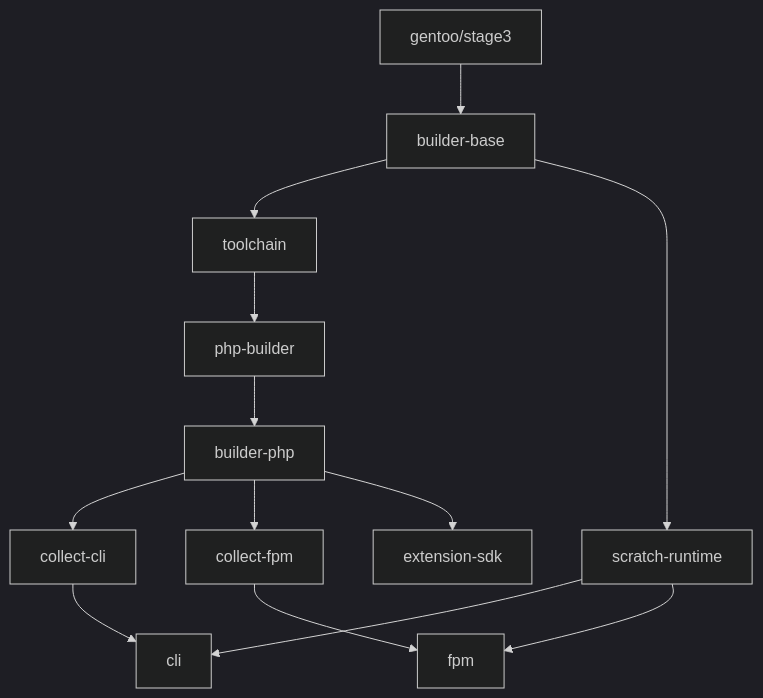
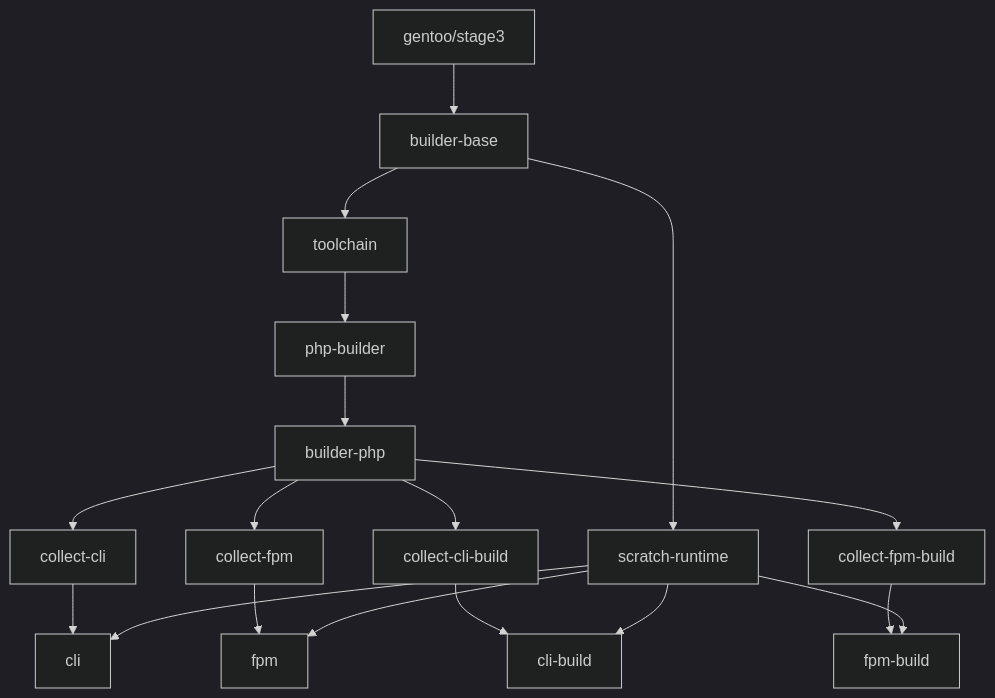
The diagram in docs/ARCHITECTURE.md (Lemric/gentoo-php), drawn with Mermaid (dark theme) before and after one commit. The commit also changed other lines of this file and 24 other files, not shown here.

````diff
--- a/docs/ARCHITECTURE.md
+++ b/docs/ARCHITECTURE.md
@@ -17,15 +17,20 @@
 ```mermaid
 flowchart TD
     A[gentoo/stage3] --> B[builder-base]
     B --> C[toolchain]
     C --> D[php-builder]
     D --> E[builder-php]
     E --> G[collect-cli]
     E --> H[collect-fpm]
+    E --> G2[collect-cli-build]
+    E --> H2[collect-fpm-build]
     B --> I[scratch-runtime]
     G --> J[cli]
     H --> K[fpm]
+    G2 --> J2[cli-build]
+    H2 --> K2[fpm-build]
     I --> J
     I --> K
-    E --> L[extension-sdk]
+    I --> J2
+    I --> K2
 ```
````
